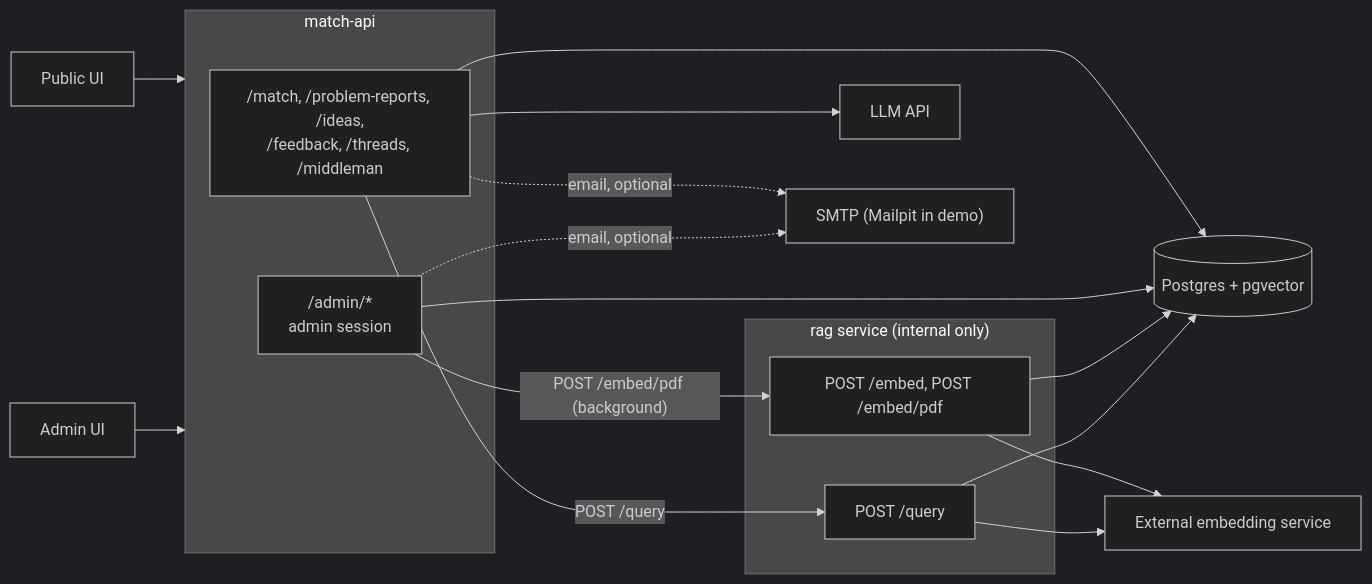
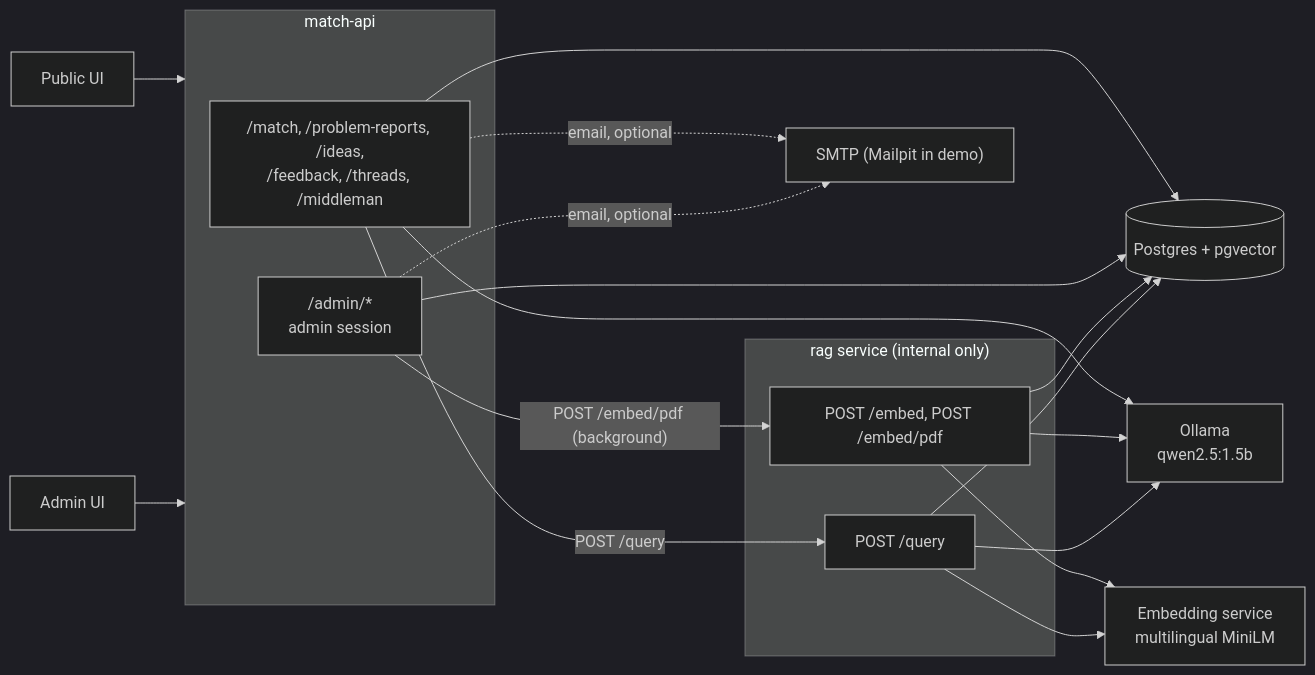
Before and after one commit to DziadBud/HackYeah2026: the first of 4 diagrams in documentation/backend/architecture.md, drawn with Mermaid (dark theme). The commit also changed other lines of this file and 7 other files, not shown here.

Commit message:
feat(rag): enhance architecture with new embedding and Ollama services, update related components

````diff
--- a/documentation/backend/architecture.md
+++ b/documentation/backend/architecture.md
@@ -15,28 +15,29 @@
 ```mermaid
 flowchart LR
     PUI[Public UI] --> API
     AUI[Admin UI] --> API
 
     subgraph API["match-api"]
         PUB["/match, /problem-reports, /ideas,<br/>/feedback, /threads, /middleman"]
         ADM["/admin/*<br/>admin session"]
     end
 
     subgraph RAG["rag service (internal only)"]
         EMBED["POST /embed, POST /embed/pdf"]
         QRY["POST /query"]
     end
 
     DB[("Postgres + pgvector")]
-    VEC[External embedding service]
-    LLM[LLM API]
+    VEC[Embedding service<br/>multilingual MiniLM]
+    LLM[Ollama<br/>qwen2.5:1.5b]
     SMTP["SMTP (Mailpit in demo)"]
 
     PUB & ADM --> DB
     PUB -- "POST /query" --> QRY
     ADM -- "POST /embed/pdf (background)" --> EMBED
     PUB --> LLM
+    EMBED & QRY --> LLM
     EMBED & QRY --> VEC
     PUB & ADM -. "email, optional" .-> SMTP
     EMBED & QRY --> DB
 ```
````
